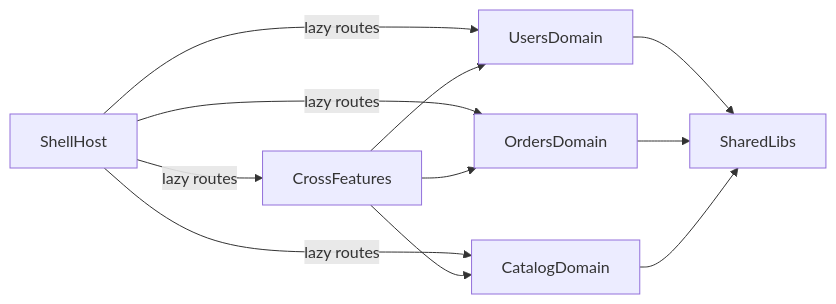
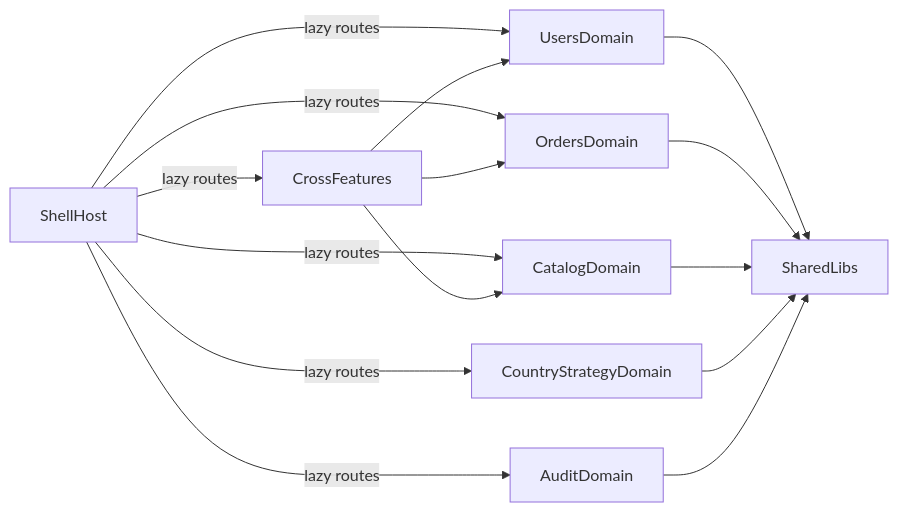
One commit to ro9842r/Nx changed the first of 3 diagrams in my-workspace/project.md. Above: the diagram before and after it, drawn with Mermaid. The commit also changed other lines of this file and 56 other files, not shown here.

````diff
--- a/my-workspace/project.md
+++ b/my-workspace/project.md
@@ -102,20 +172,26 @@
 ```mermaid
 flowchart LR
   shellHost[ShellHost]
   usersDomain[UsersDomain]
   ordersDomain[OrdersDomain]
   catalogDomain[CatalogDomain]
+  countryStrategyDomain[CountryStrategyDomain]
+  auditDomain[AuditDomain]
   sharedLibs[SharedLibs]
   crossFeatures[CrossFeatures]
 
   shellHost -->|"lazy routes"| usersDomain
   shellHost -->|"lazy routes"| ordersDomain
   shellHost -->|"lazy routes"| catalogDomain
+  shellHost -->|"lazy routes"| countryStrategyDomain
+  shellHost -->|"lazy routes"| auditDomain
   shellHost -->|"lazy routes"| crossFeatures
   usersDomain --> sharedLibs
   ordersDomain --> sharedLibs
   catalogDomain --> sharedLibs
+  countryStrategyDomain --> sharedLibs
+  auditDomain --> sharedLibs
   crossFeatures --> usersDomain
   crossFeatures --> ordersDomain
   crossFeatures --> catalogDomain
 ```
````
